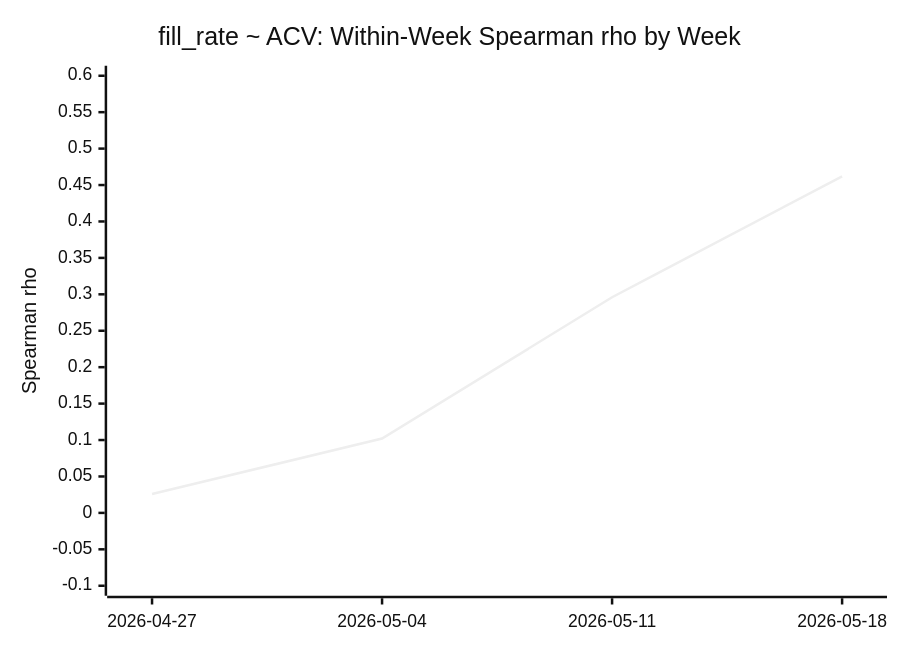
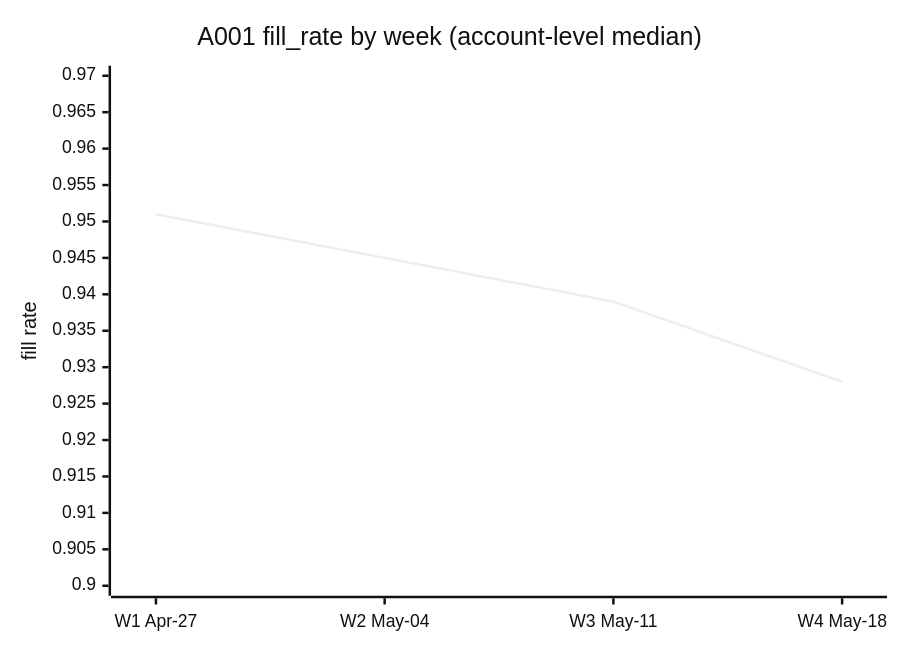
The second of 2 diagrams in docs/examples/smoke-test-output.md (tylerchiaRCCB/agentic_data_analyst), drawn with Mermaid (neutral theme) before and after one commit. The commit also changed other lines of this file and 6 other files, not shown here.

````diff
--- a/docs/examples/smoke-test-output.md
+++ b/docs/examples/smoke-test-output.md
@@ -299,7 +92,7 @@
 ```mermaid
 xychart-beta
-    title "fill_rate ~ ACV: Within-Week Spearman rho by Week"
-    x-axis ["2026-04-27", "2026-05-04", "2026-05-11", "2026-05-18"]
-    y-axis "Spearman rho" -0.1 --> 0.6
-    line [0.026, 0.102, 0.296, 0.462]
+    title "A001 fill_rate by week (account-level median)"
+    x-axis ["W1 Apr-27", "W2 May-04", "W3 May-11", "W4 May-18"]
+    y-axis "fill rate" 0.90 --> 0.97
+    line [0.951, 0.945, 0.939, 0.928]
 ```
````
